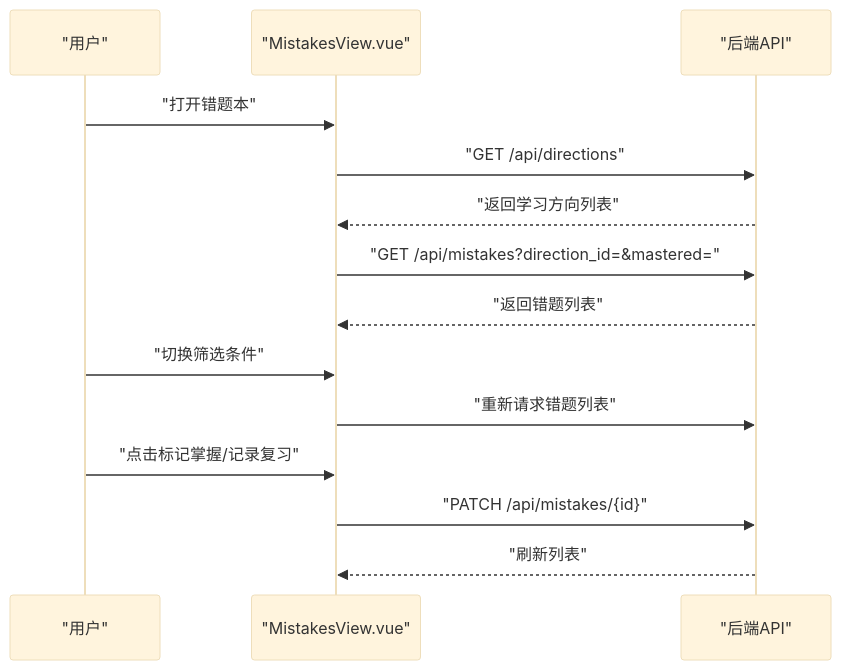
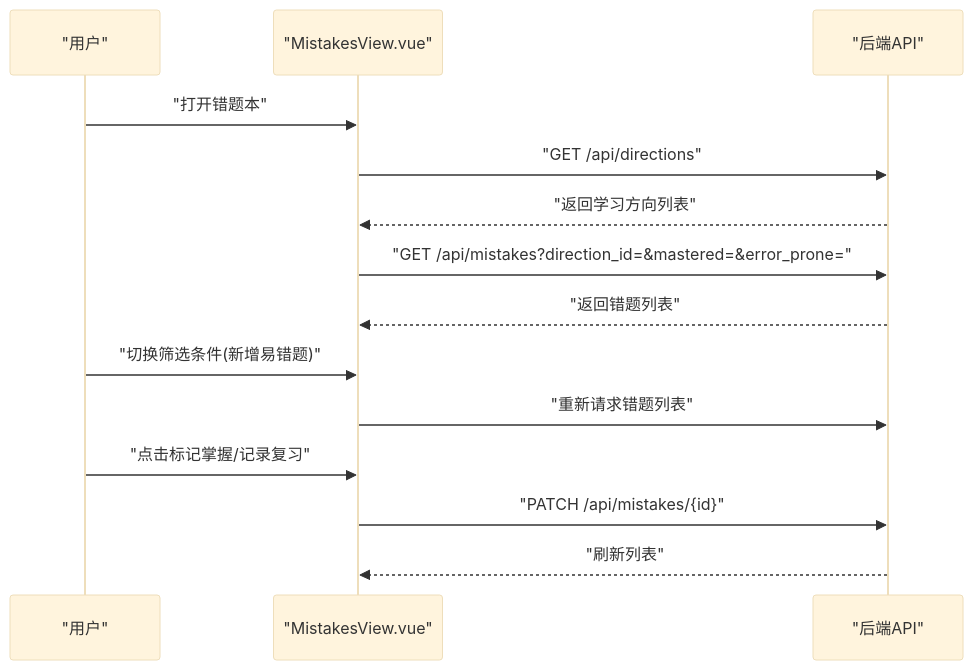
The sixth of 7 diagrams in .qoder/repowiki/zh/content/核心功能模块/错题管理系统.md (zhiwenli-jack/personal-learning-manager), drawn with Mermaid (base theme) before and after one commit. The commit also changed other lines of this file and 12 other files, not shown here.

````diff
--- a/.qoder/repowiki/zh/content/核心功能模块/错题管理系统.md
+++ b/.qoder/repowiki/zh/content/核心功能模块/错题管理系统.md
@@ -280,16 +300,16 @@
 ```mermaid
 sequenceDiagram
 participant User as "用户"
 participant View as "MistakesView.vue"
 participant API as "后端API"
 User->>View : "打开错题本"
 View->>API : "GET /api/directions"
 API-->>View : "返回学习方向列表"
-View->>API : "GET /api/mistakes?direction_id=&mastered="
+View->>API : "GET /api/mistakes?direction_id=&mastered=&error_prone="
 API-->>View : "返回错题列表"
-User->>View : "切换筛选条件"
+User->>View : "切换筛选条件(新增易错题)"
 View->>API : "重新请求错题列表"
 User->>View : "点击标记掌握/记录复习"
 View->>API : "PATCH /api/mistakes/{id}"
 API-->>View : "刷新列表"
 ```
````
